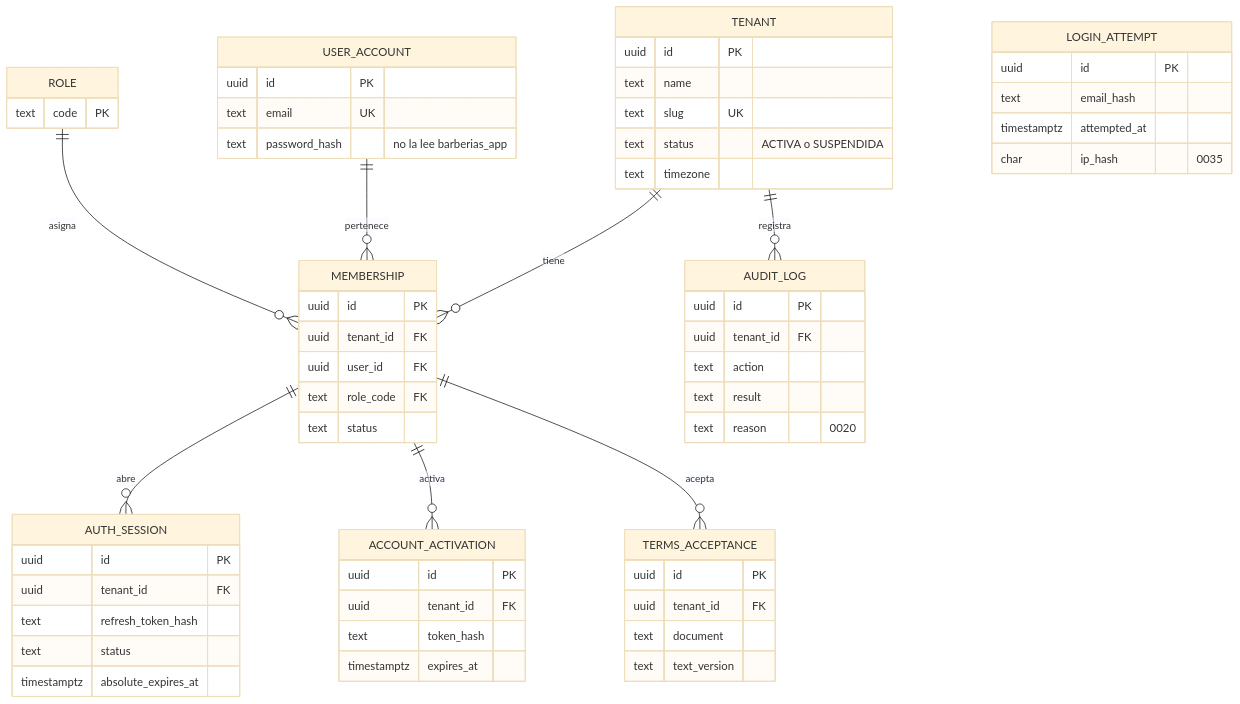
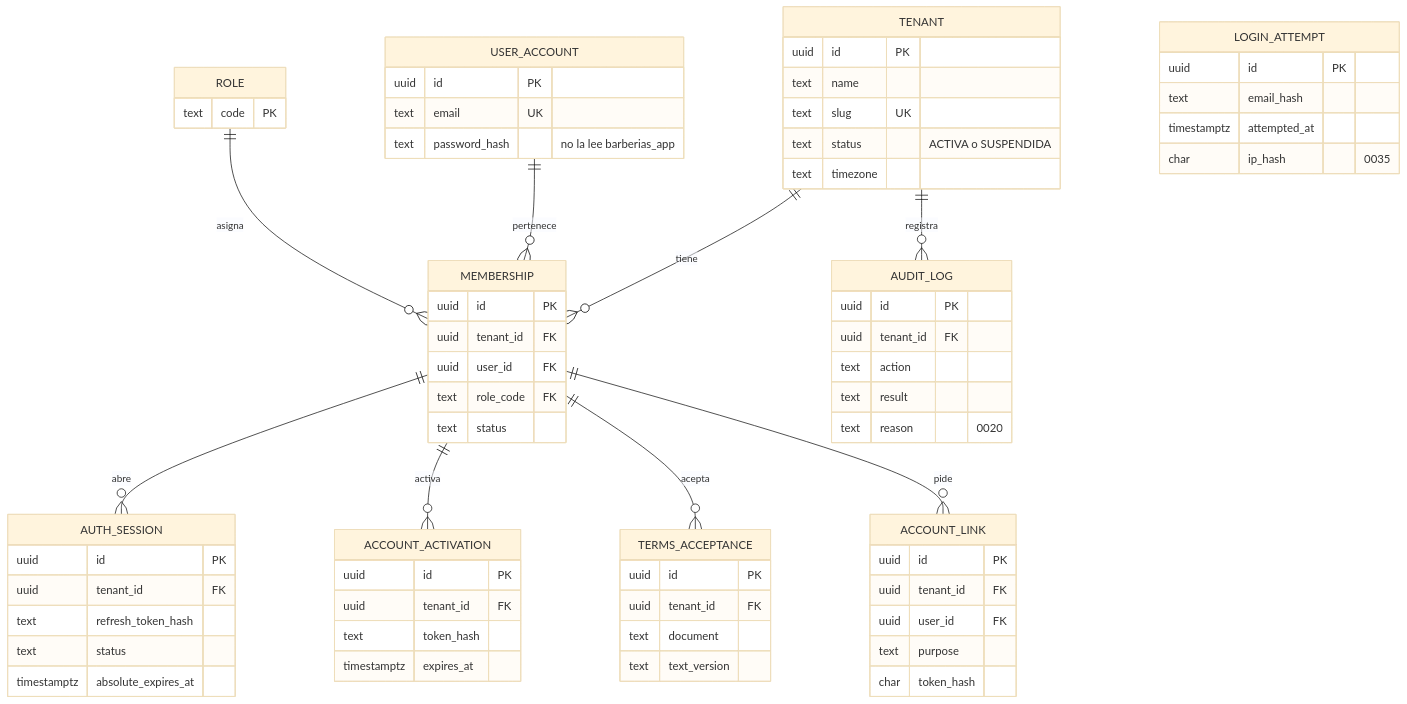
Before and after one commit to semcham/proyecto-final-barberia-ayacucho: the fourth of 7 diagrams in docs/02-arquitectura-software/multi-tenancy-y-datos.md, drawn with Mermaid (base theme). The commit also changed other lines of this file and 12 other files, not shown here.

Commit message:
docs: actualizar diagramas C4, modelo de datos y vista de capas con las funcionalidades 004 a 011

````diff
--- a/docs/02-arquitectura-software/multi-tenancy-y-datos.md
+++ b/docs/02-arquitectura-software/multi-tenancy-y-datos.md
@@ -230,65 +231,73 @@
 ```mermaid
 erDiagram
     TENANT ||--o{ MEMBERSHIP : "tiene"
     USER_ACCOUNT ||--o{ MEMBERSHIP : "pertenece"
     ROLE ||--o{ MEMBERSHIP : "asigna"
     MEMBERSHIP ||--o{ AUTH_SESSION : "abre"
     MEMBERSHIP ||--o{ ACCOUNT_ACTIVATION : "activa"
     MEMBERSHIP ||--o{ TERMS_ACCEPTANCE : "acepta"
+    MEMBERSHIP ||--o{ ACCOUNT_LINK : "pide"
     TENANT ||--o{ AUDIT_LOG : "registra"
 
     TENANT {
         uuid id PK
         text name
         text slug UK
         text status "ACTIVA o SUSPENDIDA"
         text timezone
     }
     USER_ACCOUNT {
         uuid id PK
         text email UK
         text password_hash "no la lee barberias_app"
     }
     ROLE {
         text code PK
     }
     MEMBERSHIP {
         uuid id PK
         uuid tenant_id FK
         uuid user_id FK
         text role_code FK
         text status
     }
     AUTH_SESSION {
         uuid id PK
         uuid tenant_id FK
         text refresh_token_hash
         text status
         timestamptz absolute_expires_at
     }
     ACCOUNT_ACTIVATION {
         uuid id PK
         uuid tenant_id FK
         text token_hash
         timestamptz expires_at
     }
     TERMS_ACCEPTANCE {
         uuid id PK
         uuid tenant_id FK
         text document
         text text_version
     }
+    ACCOUNT_LINK {
+        uuid id PK
+        uuid tenant_id FK
+        uuid user_id FK
+        text purpose
+        char token_hash
+    }
     AUDIT_LOG {
         uuid id PK
         uuid tenant_id FK
         text action
         text result
         text reason "0020"
     }
     LOGIN_ATTEMPT {
         uuid id PK
         text email_hash
         timestamptz attempted_at
         char ip_hash "0035"
     }
 ```
````
